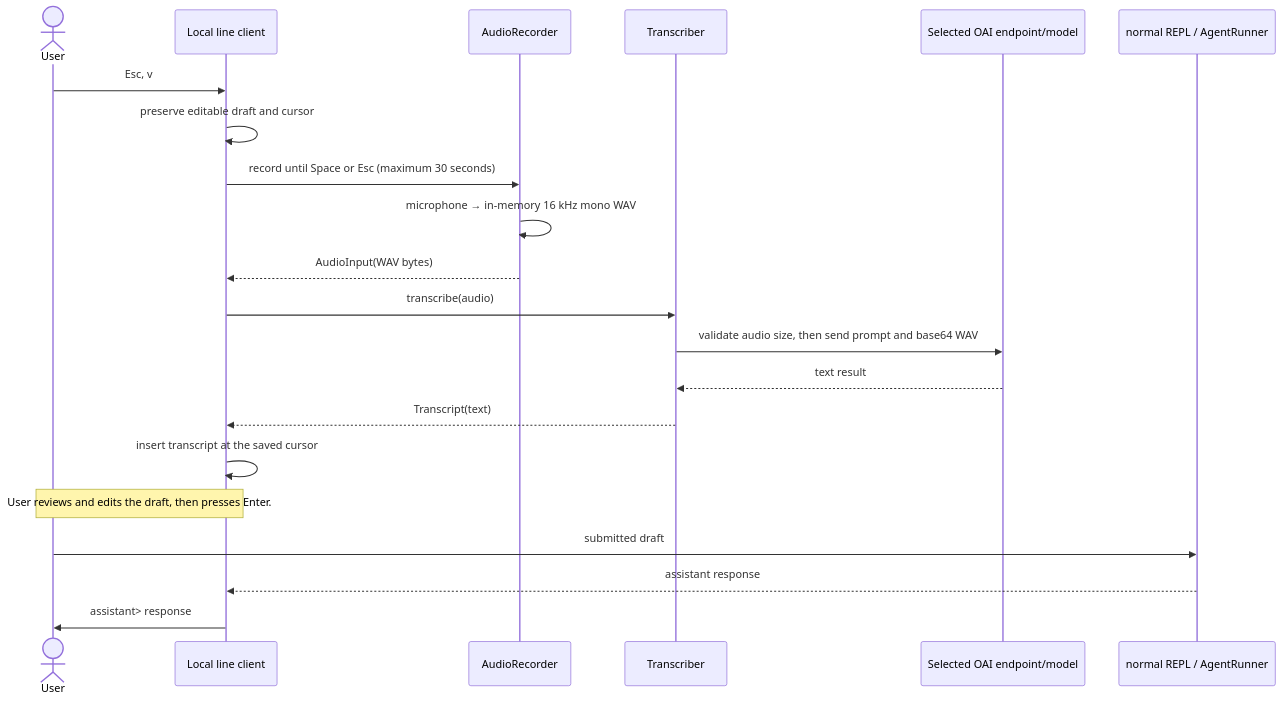
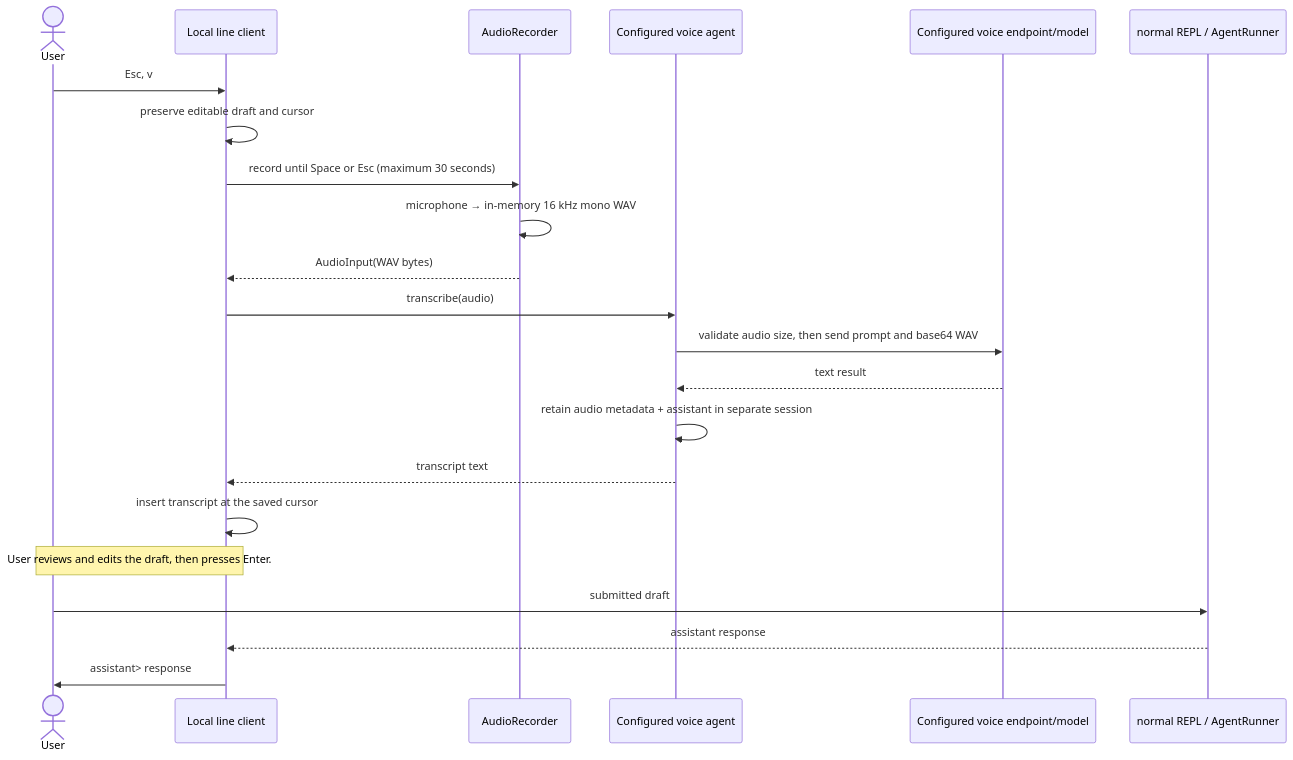
The diagram in docs/REPL.md (FabioPinheiro/yallmo), drawn with Mermaid before and after one commit. The commit also changed other lines of this file and 73 other files, not shown here.

First line of the commit message:
Make voice transcription a first-class agent

````diff
--- a/docs/REPL.md
+++ b/docs/REPL.md
@@ -204,24 +215,25 @@
 ```mermaid
 sequenceDiagram
     actor User
     participant Line as Local line client
     participant Recorder as AudioRecorder
-    participant Transcriber
-    participant Model as Selected OAI endpoint/model
+    participant Voice as Configured voice agent
+    participant Model as Configured voice endpoint/model
     participant Agent as normal REPL / AgentRunner
 
     User->>Line: Esc, v
     Line->>Line: preserve editable draft and cursor
     Line->>Recorder: record until Space or Esc (maximum 30 seconds)
     Recorder->>Recorder: microphone → in-memory 16 kHz mono WAV
     Recorder-->>Line: AudioInput(WAV bytes)
-    Line->>Transcriber: transcribe(audio)
-    Transcriber->>Model: validate audio size, then send prompt and base64 WAV
-    Model-->>Transcriber: text result
-    Transcriber-->>Line: Transcript(text)
+    Line->>Voice: transcribe(audio)
+    Voice->>Model: validate audio size, then send prompt and base64 WAV
+    Model-->>Voice: text result
+    Voice->>Voice: retain audio metadata + assistant in separate session
+    Voice-->>Line: transcript text
     Line->>Line: insert transcript at the saved cursor
     Note over User,Line: User reviews and edits the draft, then presses Enter.
     User->>Agent: submitted draft
     Agent-->>Line: assistant response
     Line->>User: assistant> response
 ```
````
